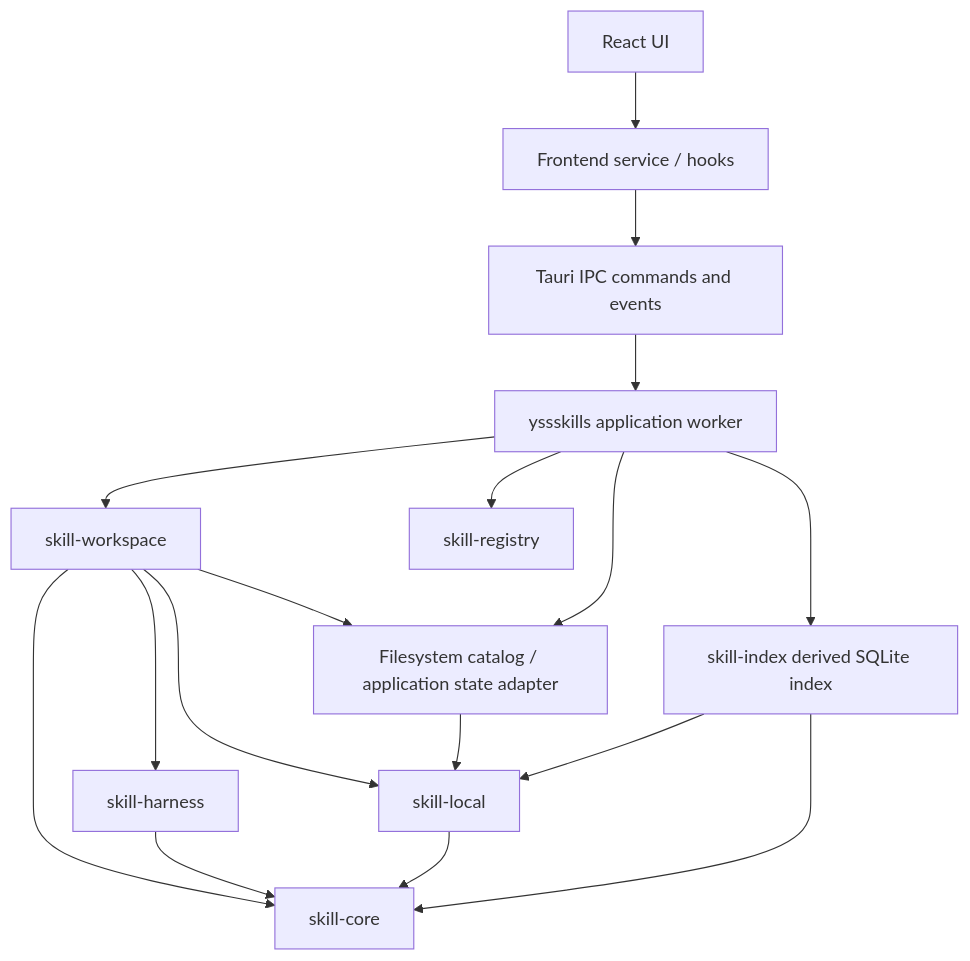
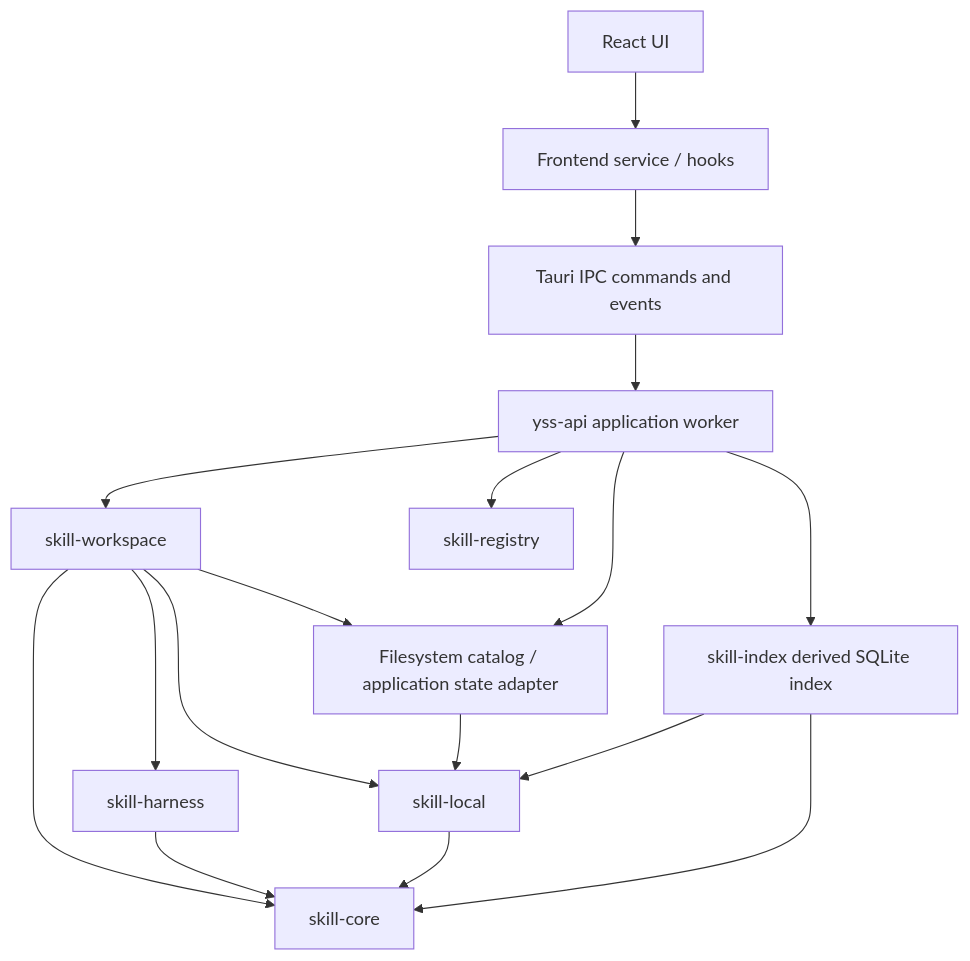
Before and after one commit to zhouyi207/YssSkills: the diagram in docs/architecture/ARCHITECTURE.md, drawn with Mermaid. The commit also changed other lines of this file and 16 other files, not shown here.

````diff
--- a/docs/architecture/ARCHITECTURE.md
+++ b/docs/architecture/ARCHITECTURE.md
@@ -66,22 +66,22 @@
 ```mermaid
 flowchart TD
     UI[React UI] --> FrontendService[Frontend service / hooks]
     FrontendService --> IPC[Tauri IPC commands and events]
-    IPC --> AppWorker[yssskills application worker]
+    IPC --> AppWorker[yss-api application worker]
     AppWorker --> Workspace[skill-workspace]
     AppWorker --> Registry[skill-registry]
     AppWorker --> Persistence[Filesystem catalog / application state adapter]
     AppWorker --> Index[skill-index derived SQLite index]
 
     Workspace --> Core[skill-core]
     Workspace --> Harness[skill-harness]
     Workspace --> Local[skill-local]
     Workspace --> Persistence
     Persistence --> Local
     Index --> Local
     Index --> Core
 
     Harness --> Core
     Local --> Core
 
 ```
````
